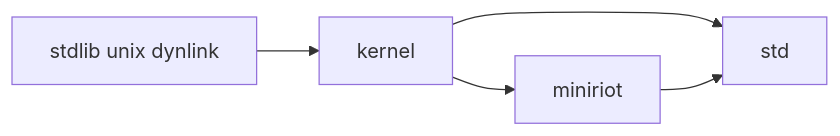
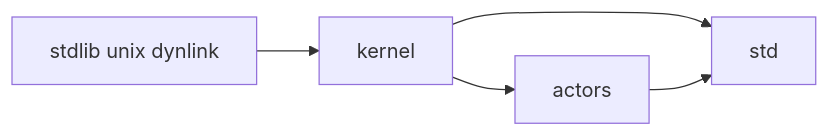
Before and after one commit to leostera/riot-lang: the third of 4 diagrams in docs/rfds/RFD0005-kernel-and-std-snapshot.md, drawn with Mermaid. The commit also changed other lines of this file and 1272 other files, not shown here.

````diff
--- a/docs/rfds/RFD0005-kernel-and-std-snapshot.md
+++ b/docs/rfds/RFD0005-kernel-and-std-snapshot.md
@@ -120,7 +120,7 @@
 ```mermaid
 flowchart LR
   A[stdlib unix dynlink] --> B[kernel]
-  B --> C[miniriot]
+  B --> C[actors]
   B --> D[std]
   C --> D
 ```
````
